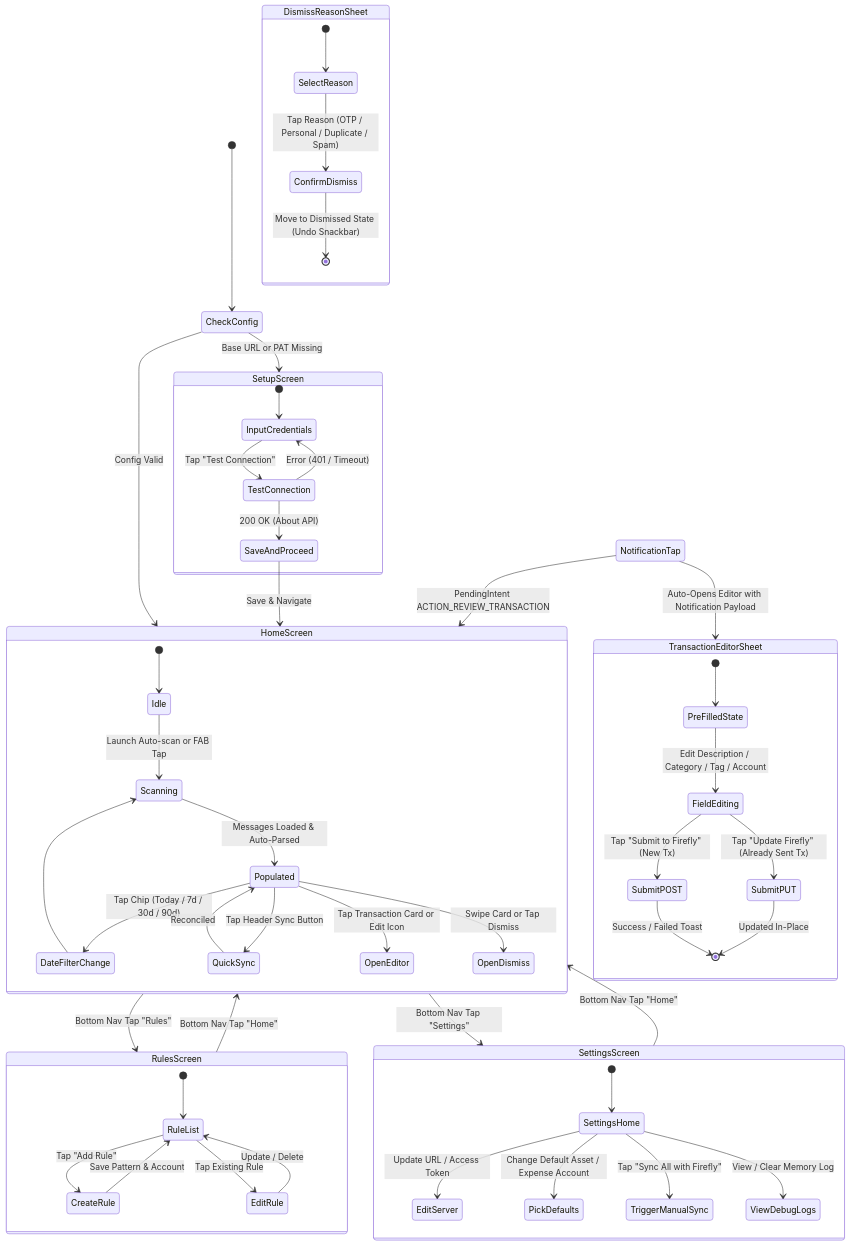
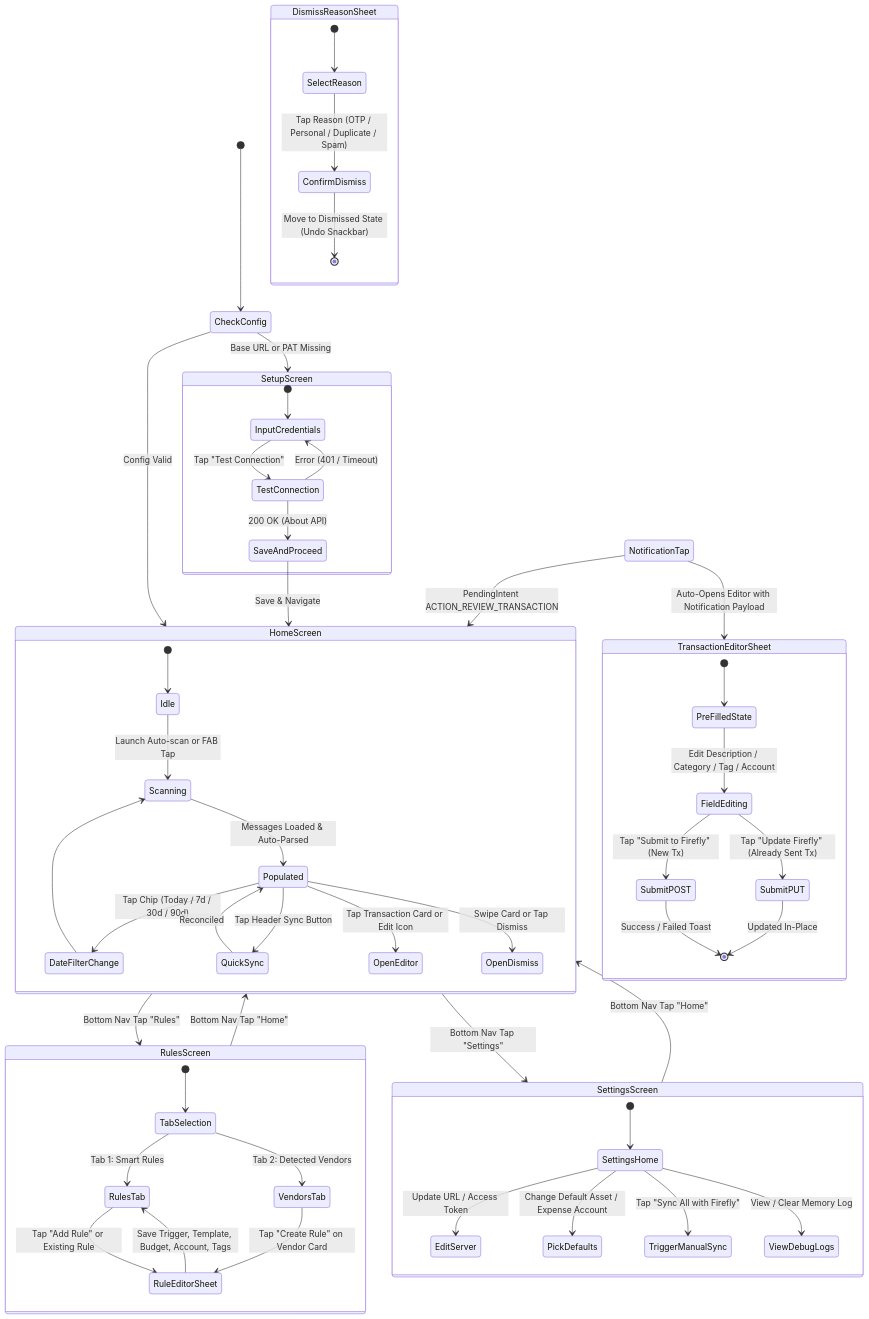
One commit to swaraj429/fireflyIII-sms-auto-scanner changed the third of 6 diagrams in docs/ARCHITECTURE.md. Above: the diagram before and after it, drawn with Mermaid. The commit also changed other lines of this file and 11 other files, not shown here.

````diff
--- a/docs/ARCHITECTURE.md
+++ b/docs/ARCHITECTURE.md
@@ -180,69 +182,70 @@
 ```mermaid
 stateDiagram-v2
     [*] --> CheckConfig
 
     state CheckConfig <<choice>>
     CheckConfig --> SetupScreen: Base URL or PAT Missing
     CheckConfig --> HomeScreen: Config Valid
 
     state SetupScreen {
         [*] --> InputCredentials
         InputCredentials --> TestConnection: Tap "Test Connection"
         TestConnection --> InputCredentials: Error (401 / Timeout)
         TestConnection --> SaveAndProceed: 200 OK (About API)
     }
     SaveAndProceed --> HomeScreen: Save & Navigate
 
     state HomeScreen {
         [*] --> Idle
         Idle --> Scanning: Launch Auto-scan or FAB Tap
         Scanning --> Populated: Messages Loaded & Auto-Parsed
         Populated --> DateFilterChange: Tap Chip (Today / 7d / 30d / 90d)
         DateFilterChange --> Scanning
 
         Populated --> QuickSync: Tap Header Sync Button
         QuickSync --> Populated: Reconciled
 
         Populated --> OpenEditor: Tap Transaction Card or Edit Icon
         Populated --> OpenDismiss: Swipe Card or Tap Dismiss
     }
 
     state TransactionEditorSheet {
         [*] --> PreFilledState
         PreFilledState --> FieldEditing: Edit Description / Category / Tag / Account
         FieldEditing --> SubmitPOST: Tap "Submit to Firefly" (New Tx)
         FieldEditing --> SubmitPUT: Tap "Update Firefly" (Already Sent Tx)
         SubmitPOST --> [*]: Success / Failed Toast
         SubmitPUT --> [*]: Updated In-Place
     }
 
     state DismissReasonSheet {
         [*] --> SelectReason
         SelectReason --> ConfirmDismiss: Tap Reason (OTP / Personal / Duplicate / Spam)
         ConfirmDismiss --> [*]: Move to Dismissed State (Undo Snackbar)
     }
 
     state RulesScreen {
-        [*] --> RuleList
-        RuleList --> CreateRule: Tap "Add Rule"
-        RuleList --> EditRule: Tap Existing Rule
-        CreateRule --> RuleList: Save Pattern & Account
-        EditRule --> RuleList: Update / Delete
+        [*] --> TabSelection
+        TabSelection --> RulesTab: Tab 1: Smart Rules
+        TabSelection --> VendorsTab: Tab 2: Detected Vendors
+        RulesTab --> RuleEditorSheet: Tap "Add Rule" or Existing Rule
+        VendorsTab --> RuleEditorSheet: Tap "Create Rule" on Vendor Card
+        RuleEditorSheet --> RulesTab: Save Trigger, Template, Budget, Account, Tags
     }
 
     state SettingsScreen {
         [*] --> SettingsHome
         SettingsHome --> EditServer: Update URL / Access Token
         SettingsHome --> PickDefaults: Change Default Asset / Expense Account
         SettingsHome --> TriggerManualSync: Tap "Sync All with Firefly"
         SettingsHome --> ViewDebugLogs: View / Clear Memory Log
     }
 
     HomeScreen --> RulesScreen: Bottom Nav Tap "Rules"
     RulesScreen --> HomeScreen: Bottom Nav Tap "Home"
     HomeScreen --> SettingsScreen: Bottom Nav Tap "Settings"
     SettingsScreen --> HomeScreen: Bottom Nav Tap "Home"
 
     NotificationTap --> HomeScreen: PendingIntent ACTION_REVIEW_TRANSACTION
     NotificationTap --> TransactionEditorSheet: Auto-Opens Editor with Notification Payload
 ```
````
